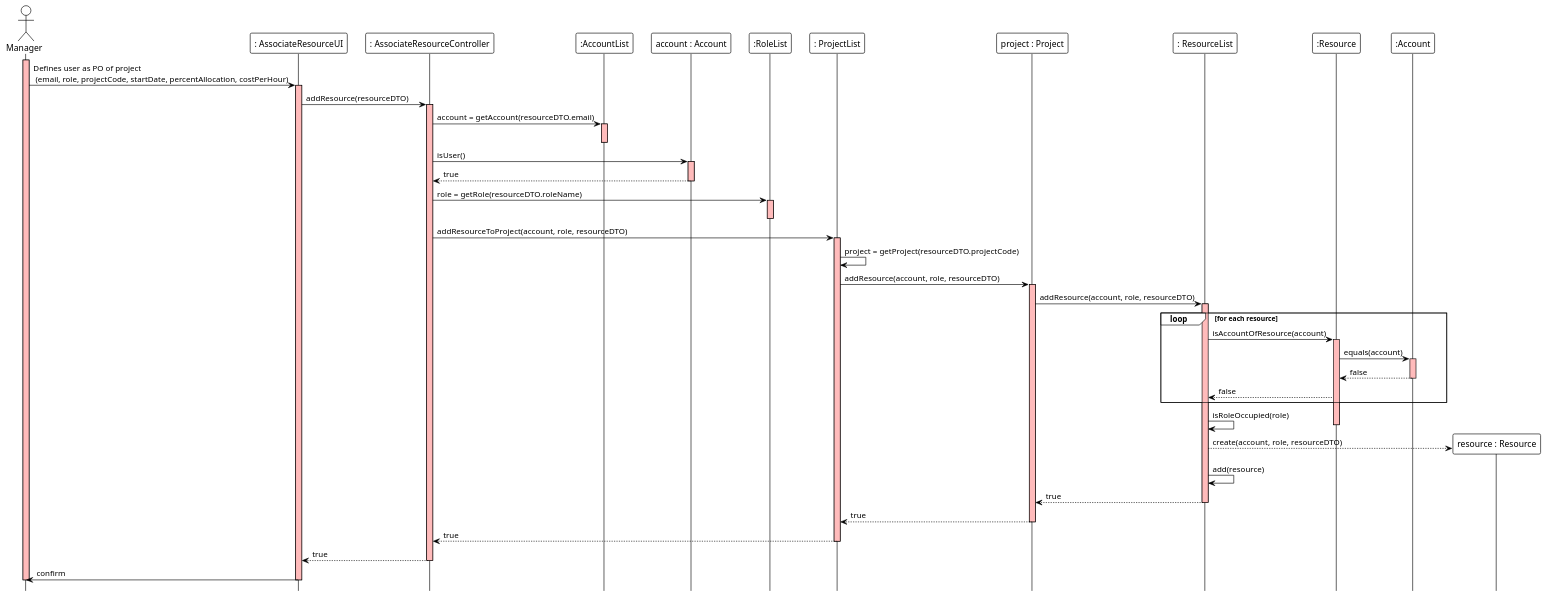
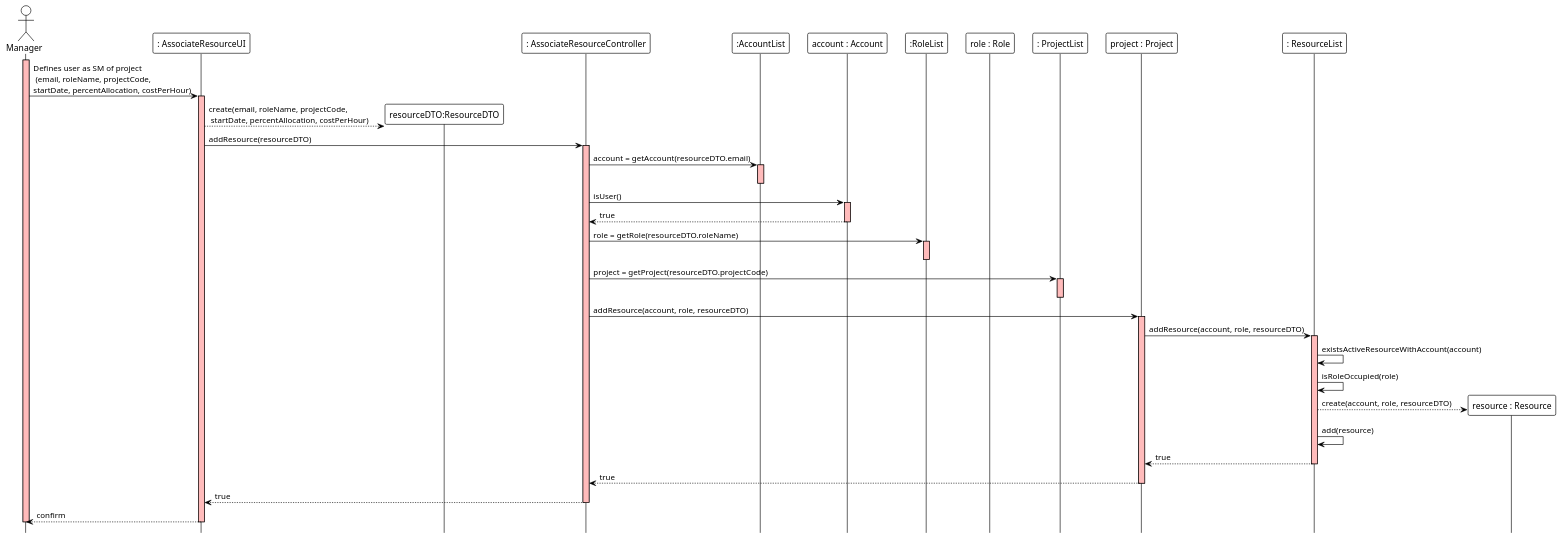
The diagram in docs/modelling_design/user_stories/us013/US013_DefineSMOfAProjectSD.puml (ivo-menezes/project_g3), drawn with PlantUML before and after one commit. The commit also changed 1 other file, not shown here.

Commit message:
US013: Design: update class diagram and sequence diagram

```diff
--- a/docs/modelling_design/user_stories/us013/US013_DefineSMOfAProjectSD.puml
+++ b/docs/modelling_design/user_stories/us013/US013_DefineSMOfAProjectSD.puml
@@ -1,82 +1,68 @@
 @startuml
 !theme plain
 hide footbox
 
 Actor Manager
 participant ": AssociateResourceUI" as UI
+participant "resourceDTO:ResourceDTO" as dto
 participant ": AssociateResourceController" as Controller
 participant ":AccountList" as AccountList
 participant "account : Account" as account
 participant ":RoleList" as RoleList
+participant "role : Role" as role
 participant ": ProjectList" as ProjectList
 participant "project : Project" as project
 participant ": ResourceList" as ResourceList
-participant ":Resource" as ResourceClass
-participant ":Account" as AccountClass
 participant "resource : Resource" as resource
 
 activate Manager #FFBBBB
-Manager -> UI : Defines user as PO of project\n (email, role, projectCode, startDate, percentAllocation, costPerHour)
+Manager -> UI : Defines user as SM of project\n (email, roleName, projectCode,\nstartDate, percentAllocation, costPerHour)
 
 activate UI #FFBBBB
+UI --> dto ** : create(email, roleName, projectCode,\n startDate, percentAllocation, costPerHour)
 UI -> Controller : addResource(resourceDTO)
 
 activate Controller #FFBBBB
 Controller -> AccountList : account = getAccount(resourceDTO.email)
 activate AccountList #FFBBBB
 deactivate AccountList
 
 Controller -> account : isUser()
 activate account #FFBBBB
 account --> Controller : true
 deactivate account
 
 Controller -> RoleList : role = getRole(resourceDTO.roleName)
 activate RoleList #FFBBBB
 deactivate RoleList
 
-Controller -> ProjectList : addResourceToProject(account, role, resourceDTO)
+Controller -> ProjectList : project = getProject(resourceDTO.projectCode)
 
 activate ProjectList #FFBBBB
-ProjectList -> ProjectList : project = getProject(resourceDTO.projectCode)
-ProjectList -> project : addResource(account, role, resourceDTO)
+deactivate ProjectList
+Controller -> project : addResource(account, role, resourceDTO)
 
 activate project #FFBBBB
 project -> ResourceList : addResource(account, role, resourceDTO)
 
 activate ResourceList #FFBBBB
-
-loop for each resource
-ResourceList -> ResourceClass : isAccountOfResource(account)
-activate ResourceClass #FFBBBB
-ResourceClass -> AccountClass : equals(account)
-activate AccountClass #FFBBBB
-AccountClass --> ResourceClass : false
-deactivate AccountClass
-ResourceClass --> ResourceList: false
-end
-
+ResourceList -> ResourceList: existsActiveResourceWithAccount(account)
 ResourceList -> ResourceList: isRoleOccupied(role)
-
-deactivate ResourceClass
 
 ResourceList --> resource ** : create(account, role, resourceDTO)
 ResourceList -> ResourceList : add(resource)
 ResourceList --> project: true
 deactivate ResourceList
 
-project --> ProjectList: true
+project --> Controller: true
 deactivate project
-
-ProjectList --> Controller : true
-deactivate ProjectList
 
 Controller --> UI : true
 deactivate Controller
 
-UI -> Manager : confirm
+UI --> Manager : confirm
 deactivate UI
 
 deactivate Manager
 
 @enduml
```
